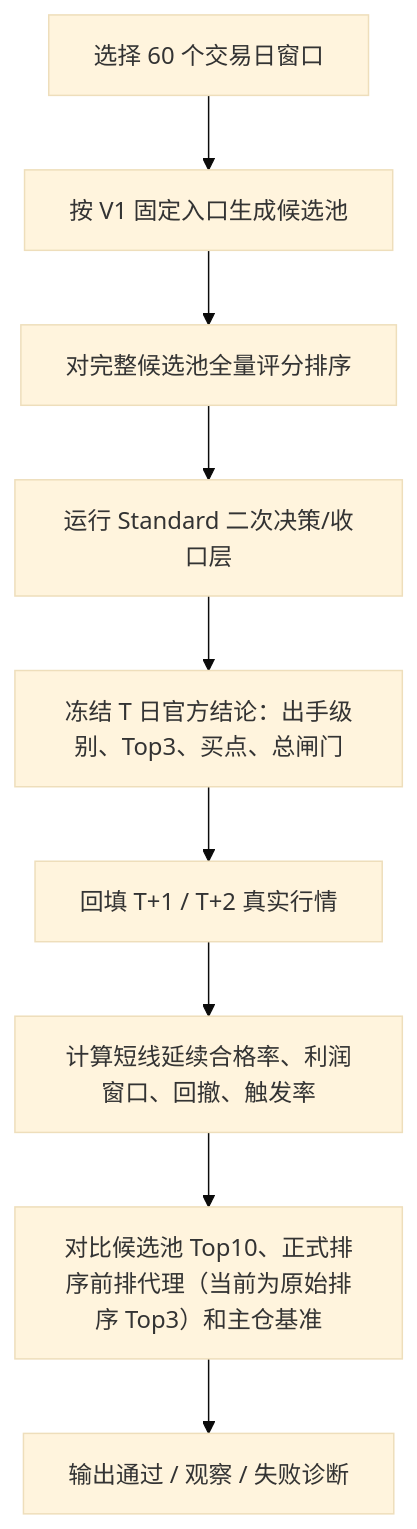
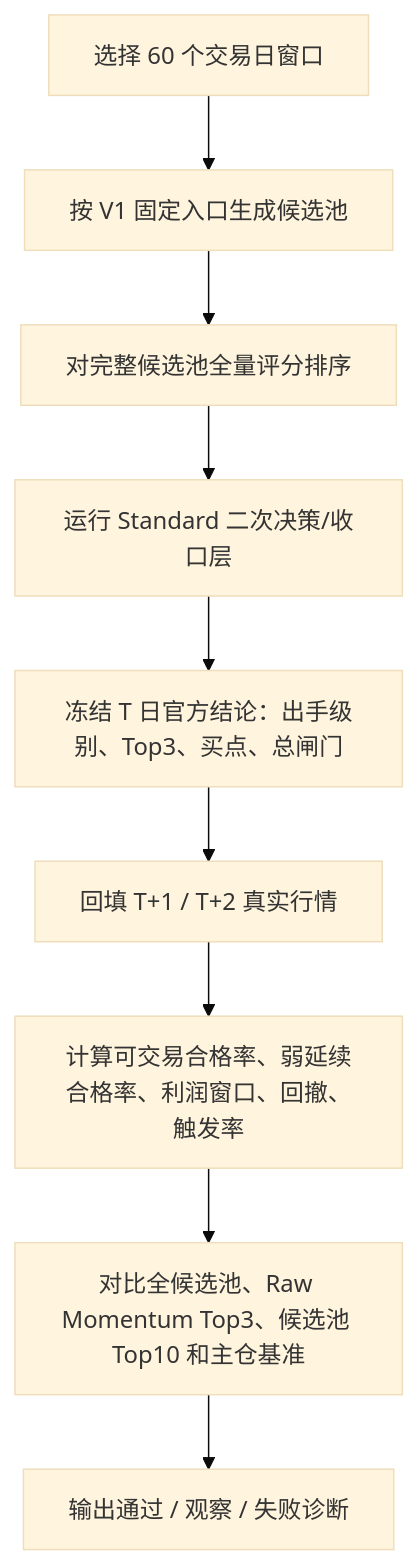
The diagram in docs/architecture/momentum-screener-backtest-acceptance-criteria.md (zcx-jery/daily_stock_analysis), drawn with Mermaid (base theme) before and after one commit. The commit also changed other lines of this file and 22 other files, not shown here.

Commit message:
Implement momentum screener V1.3 audit flow

````diff
--- a/docs/architecture/momentum-screener-backtest-acceptance-criteria.md
+++ b/docs/architecture/momentum-screener-backtest-acceptance-criteria.md
@@ -45,11 +45,11 @@
 ```mermaid
 flowchart TD
     A["选择 60 个交易日窗口"] --> B["按 V1 固定入口生成候选池"]
     B --> C["对完整候选池全量评分排序"]
     C --> D["运行 Standard 二次决策/收口层"]
     D --> E["冻结 T 日官方结论：出手级别、Top3、买点、总闸门"]
     E --> F["回填 T+1 / T+2 真实行情"]
-    F --> G["计算短线延续合格率、利润窗口、回撤、触发率"]
-    G --> H["对比候选池 Top10、正式排序前排代理（当前为原始排序 Top3）和主仓基准"]
+    F --> G["计算可交易合格率、弱延续合格率、利润窗口、回撤、触发率"]
+    G --> H["对比全候选池、Raw Momentum Top3、候选池 Top10 和主仓基准"]
     H --> I["输出通过 / 观察 / 失败诊断"]
 ```
````
